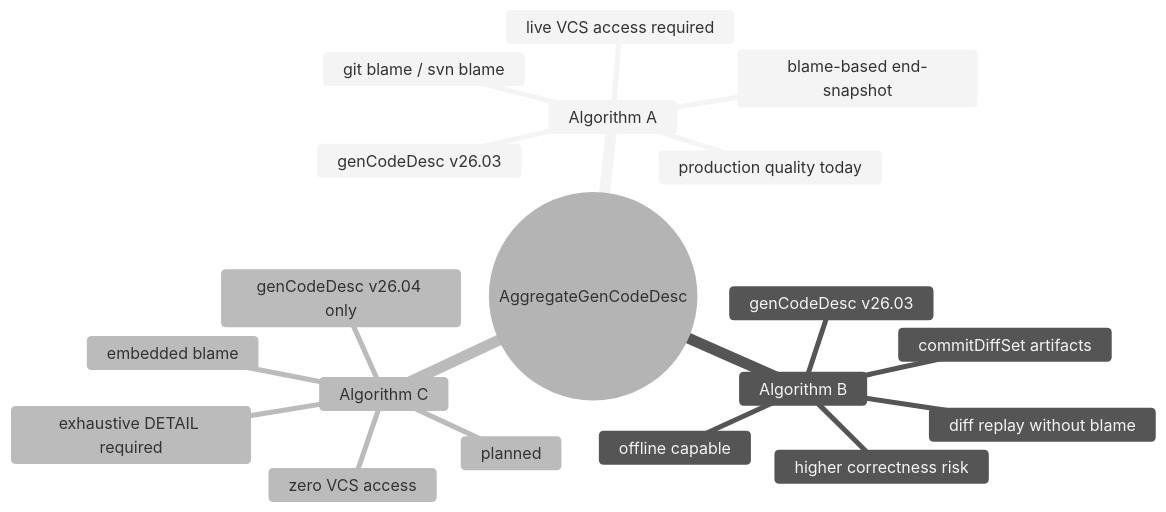
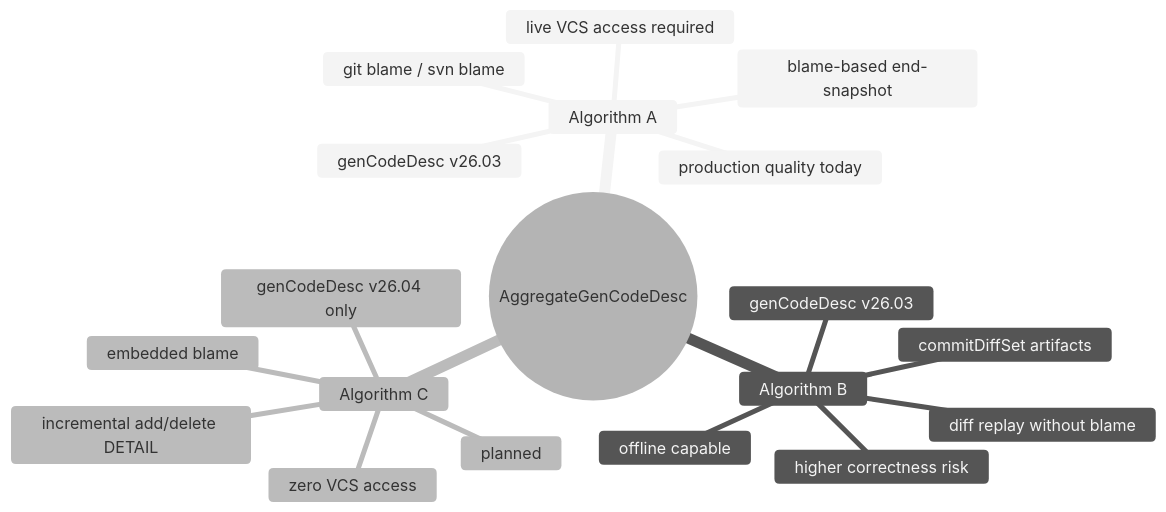
The first of 6 diagrams in MyStartups/AggregateGenCodeDesc/README_IntroAlgABC.md (EnigmaWU/MyLLM_Arena), drawn with Mermaid (neutral theme) before and after one commit. The commit also changed other lines of this file and 2 other files, not shown here.

Commit message:
feat: update README and JSON schema for Algorithm A, B, and C with incremental detail and Chinese translation

````diff
--- a/MyStartups/AggregateGenCodeDesc/README_IntroAlgABC.md
+++ b/MyStartups/AggregateGenCodeDesc/README_IntroAlgABC.md
@@ -21,22 +21,22 @@
 ```mermaid
 mindmap
   root((AggregateGenCodeDesc))
     Algorithm A
       blame-based end-snapshot
       live VCS access required
       git blame / svn blame
       genCodeDesc v26.03
       production quality today
     Algorithm B
       diff replay without blame
       commitDiffSet artifacts
       genCodeDesc v26.03
       offline capable
       higher correctness risk
     Algorithm C
       embedded blame
       genCodeDesc v26.04 only
       zero VCS access
-      exhaustive DETAIL required
+      incremental add/delete DETAIL
       planned
 ```
````
